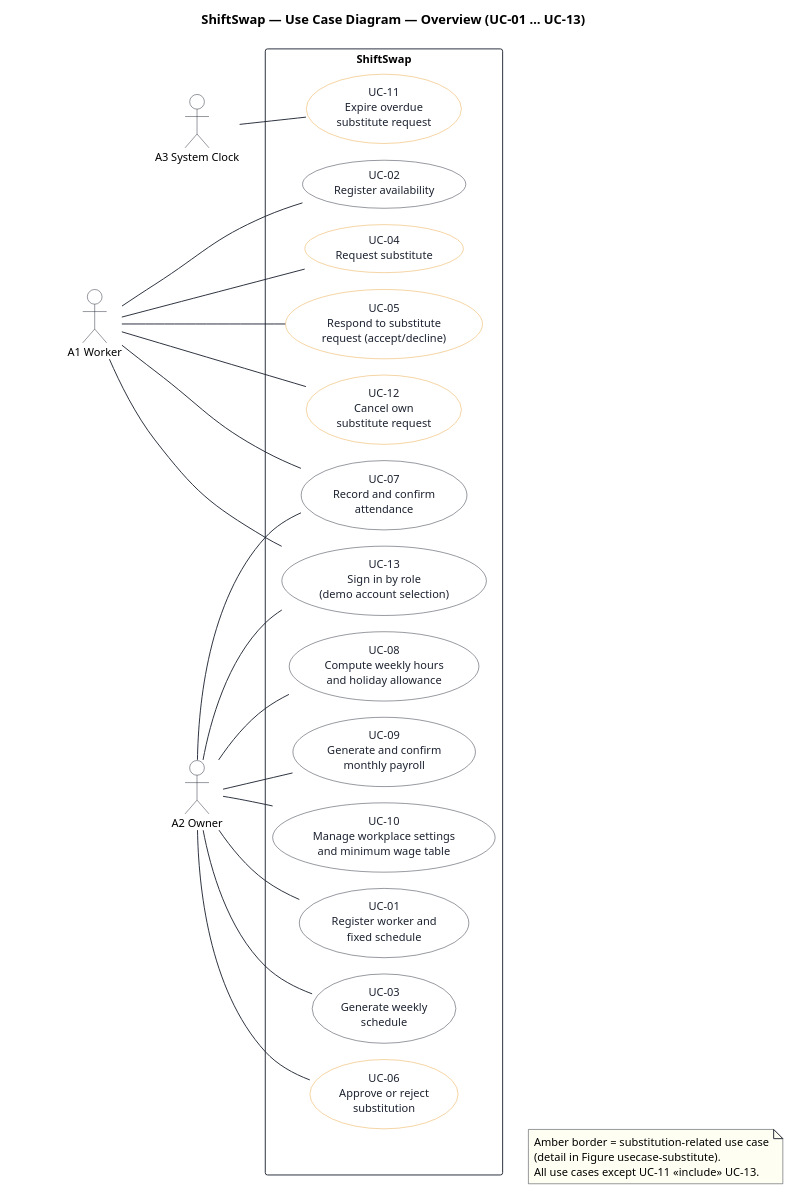
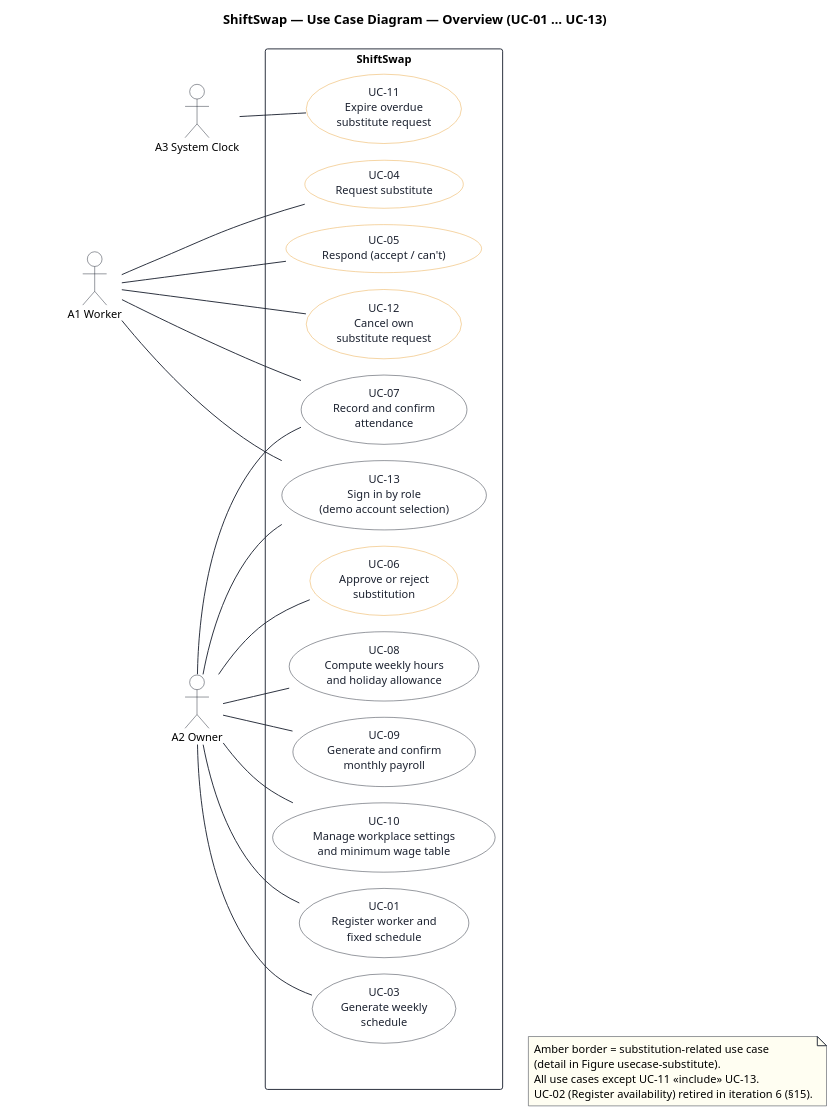
The diagram in uml/src/usecase.puml (keemlogan/shiftswap), drawn with PlantUML before and after one commit. The commit also changed 113 other files, not shown here.

Commit message:
Iteration 6: availability removed, can't answer and FAILED ending; Korean display names; 84 tests, check 128/128; docs, UML and deck updated

```diff
--- a/uml/src/usecase.puml
+++ b/uml/src/usecase.puml
@@ -1,98 +1,97 @@
 @startuml usecase
 !pragma layout smetana
 skinparam defaultFontName "Helvetica"
 skinparam defaultFontSize 12
 skinparam shadowing false
 skinparam backgroundColor #FFFFFF
 skinparam ArrowColor #1C2230
 hide stereotype
 skinparam usecase {
   BackgroundColor #FFFFFF
   BorderColor #1C2230
   FontColor #1C2230
 }
 skinparam usecase<<amber>> {
   BackgroundColor #FFFFFF
   BorderColor #E9A23B
   FontColor #1C2230
 }
 skinparam actor {
   BorderColor #1C2230
   BackgroundColor #FFFFFF
 }
 skinparam rectangle {
   BorderColor #1C2230
   BackgroundColor #FFFFFF
 }
 skinparam note {
   BackgroundColor #FFFEF2
   BorderColor #1C2230
 }
 
 left to right direction
 
 title ShiftSwap — Use Case Diagram — Overview (UC-01 … UC-13)
 
 ' spacer to keep smetana from clipping the topmost actor's head against the canvas edge
 actor " " as Spacer #FFFFFF;line:FFFFFF;text:FFFFFF
 
 actor "A1 Worker" as A1
 actor "A3 System Clock" as A3
 
 Spacer -[hidden]-> A1
 A1 -[hidden]-> A3
 
 rectangle "ShiftSwap" as Boundary {
   ' -- worker-side use cases (near A1) --
-  usecase "UC-02\nRegister availability" as UC02
   usecase "UC-04\nRequest substitute" as UC04 <<amber>>
-  usecase "UC-05\nRespond to substitute\nrequest (accept/decline)" as UC05 <<amber>>
+  usecase "UC-05\nRespond (accept / can't)" as UC05 <<amber>>
   usecase "UC-12\nCancel own\nsubstitute request" as UC12 <<amber>>
 
   ' -- shared use cases (both actors, drawn in the middle) --
   usecase "UC-07\nRecord and confirm\nattendance" as UC07
   usecase "UC-13\nSign in by role\n(demo account selection)" as UC13
 
   ' -- owner-side use cases (near A2) --
   usecase "UC-01\nRegister worker and\nfixed schedule" as UC01
   usecase "UC-03\nGenerate weekly\nschedule" as UC03
   usecase "UC-06\nApprove or reject\nsubstitution" as UC06 <<amber>>
   usecase "UC-08\nCompute weekly hours\nand holiday allowance" as UC08
   usecase "UC-09\nGenerate and confirm\nmonthly payroll" as UC09
   usecase "UC-10\nManage workplace settings\nand minimum wage table" as UC10
 
   ' -- system-clock-side use case --
   usecase "UC-11\nExpire overdue\nsubstitute request" as UC11 <<amber>>
 }
 
 actor "A2 Owner" as A2
 UC10 -[hidden]-> A2
 
 ' ===== actor associations only (primary actor per spec §3 table) =====
 ' detail of UC-04's include/extend/UC-08 relationships: see usecase-substitute.puml
-A1 -- UC02
 A1 -- UC04
 A1 -- UC05
 A1 -- UC12
 A1 -- UC07
 A1 -- UC13
 
 A2 -- UC01
 A2 -- UC03
 A2 -- UC06
 A2 -- UC07
 A2 -- UC08
 A2 -- UC09
 A2 -- UC10
 A2 -- UC13
 
 A3 -- UC11
 
 note as N1
   Amber border = substitution-related use case
   (detail in Figure usecase-substitute).
   All use cases except UC-11 «include» UC-13.
+  UC-02 (Register availability) retired in iteration 6 (§15).
 end note
 
 Boundary -[hidden]d-> N1
 @enduml
```
